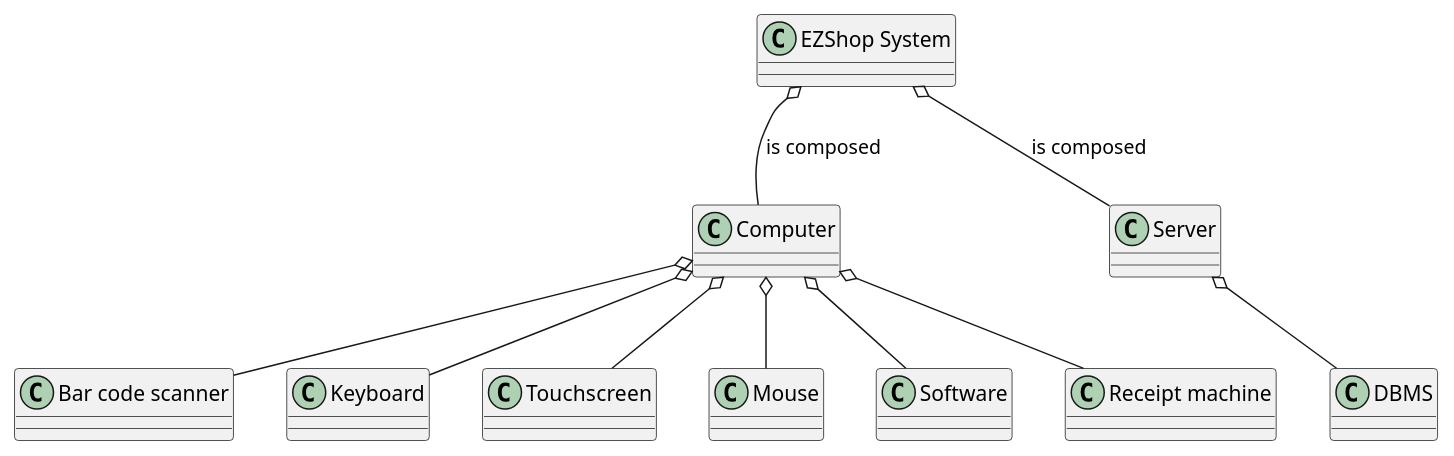
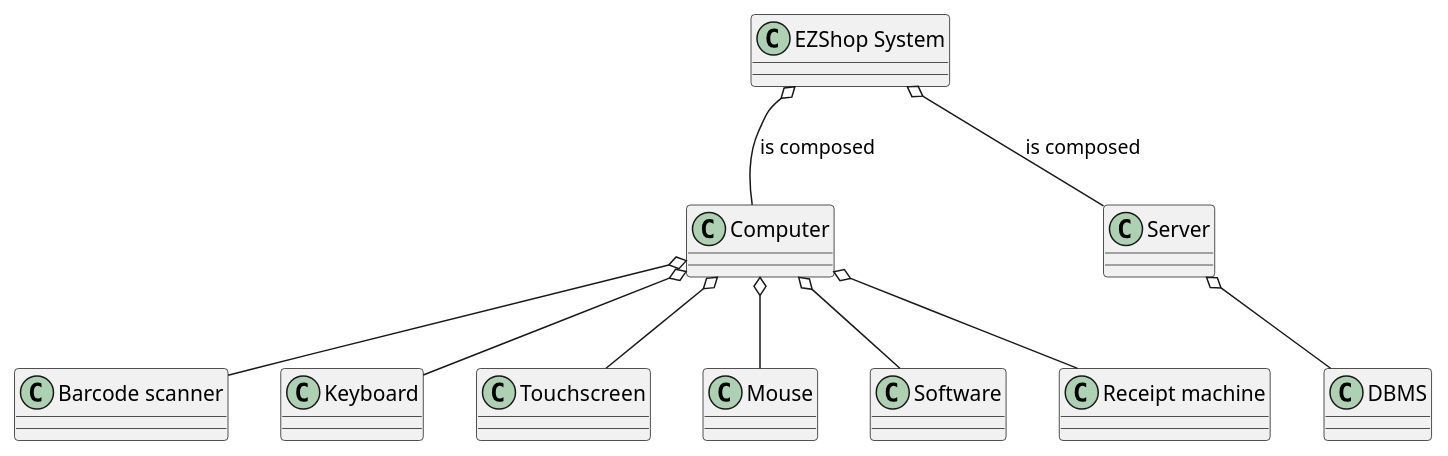
One commit to MatteoBattilana/EzShop changed the sixth of 7 diagrams in Deliverables/RequirementsDocument.md. Above: the diagram before and after it, drawn with PlantUML. The commit also changed other lines of this file, not shown here.

````diff
--- a/Deliverables/RequirementsDocument.md
+++ b/Deliverables/RequirementsDocument.md
@@ -811,16 +819,16 @@
 ```plantuml
 @startuml
 "EZShop System" o-- Computer: is composed
 "EZShop System" o-- Server: is composed
 
-Computer o-- "Bar code scanner"
+Computer o-- "Barcode scanner"
 Computer o-- "Keyboard"
 Computer o-- "Touchscreen"
 Computer o-- "Mouse"
 Computer o-- "Software"
 Computer o-- "Receipt machine"
 
 Server o-- "DBMS"
 
 @enduml
 ```
````
